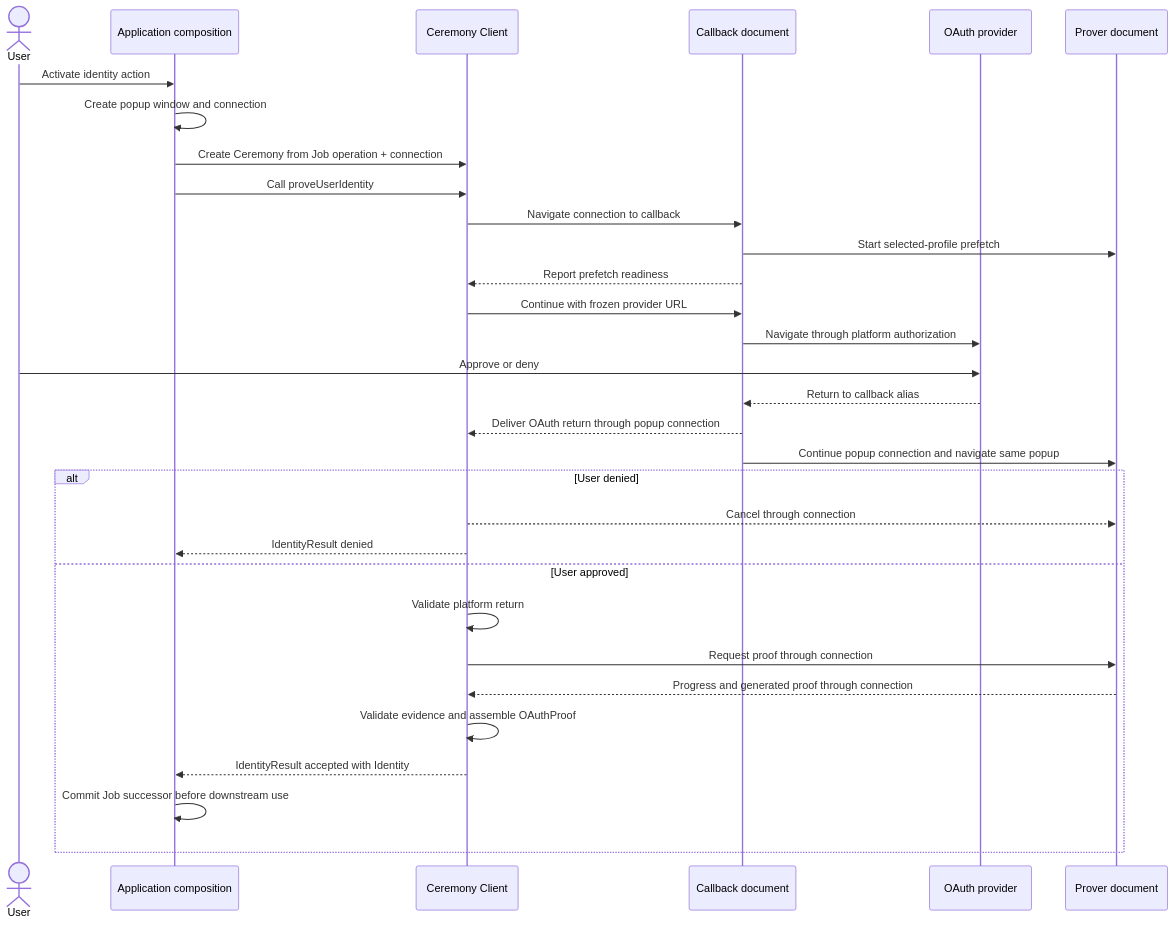
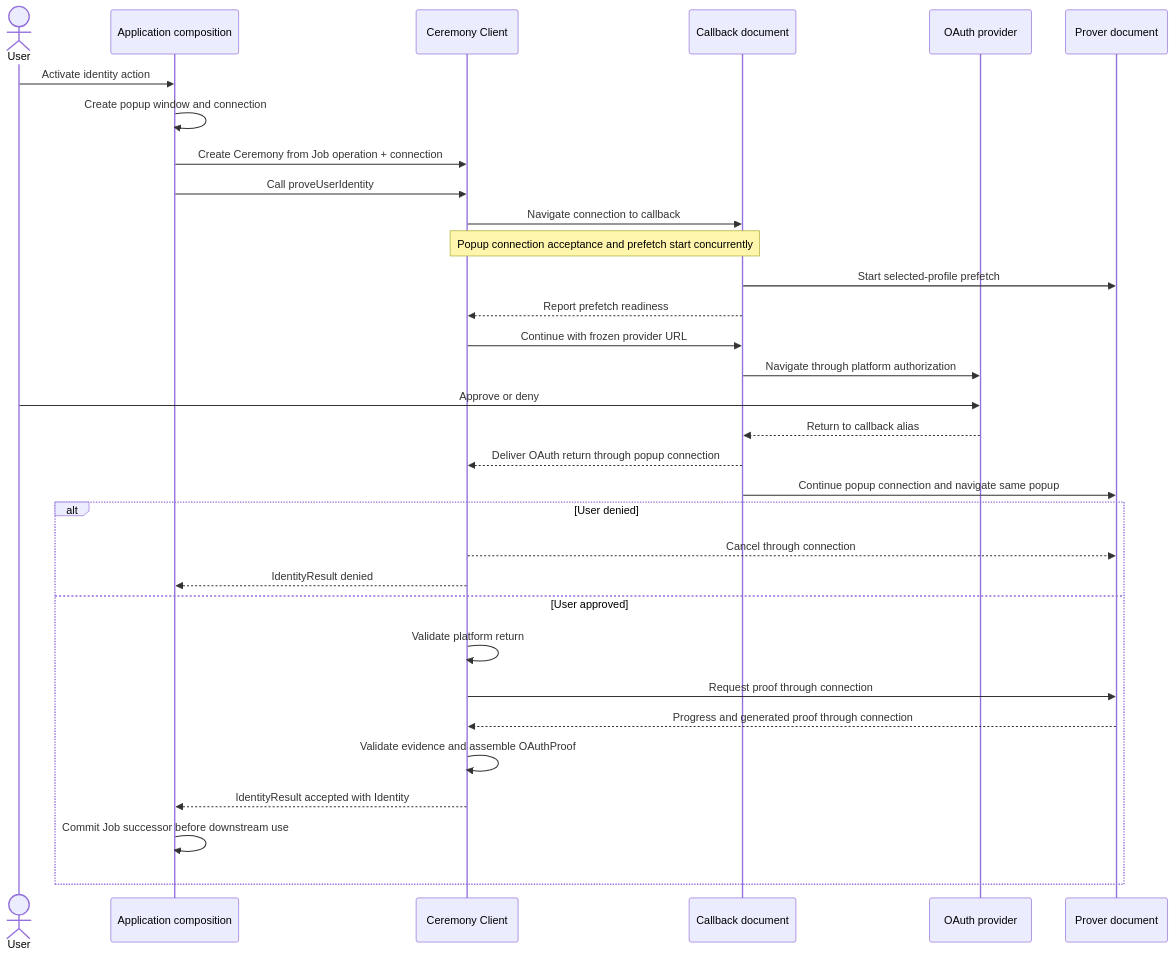
The diagram in ts/packages/ceremony/ARCHITECTURE.md (libid-org/libid), drawn with Mermaid before and after one commit. The commit also changed 3 other files, not shown here.

Commit message:
docs(ceremony): parallelize prefetch and connection

````diff
--- a/ts/packages/ceremony/ARCHITECTURE.md
+++ b/ts/packages/ceremony/ARCHITECTURE.md
@@ -42,34 +42,35 @@
 ```mermaid
 sequenceDiagram
     actor U as User
     participant A as Application composition
     participant C as Ceremony Client
     participant P as Callback document
     participant O as OAuth provider
     participant R as Prover document
 
     U->>A: Activate identity action
     A->>A: Create popup window and connection
     A->>C: Create Ceremony from Job operation + connection
     A->>C: Call proveUserIdentity
     C->>P: Navigate connection to callback
+    Note over C,P: Popup connection acceptance and prefetch start concurrently
     P->>R: Start selected-profile prefetch
     P-->>C: Report prefetch readiness
     C->>P: Continue with frozen provider URL
     P->>O: Navigate through platform authorization
     U->>O: Approve or deny
     O-->>P: Return to callback alias
     P-->>C: Deliver OAuth return through popup connection
     P->>R: Continue popup connection and navigate same popup
     alt User denied
         C-->>R: Cancel through connection
         C-->>A: IdentityResult denied
     else User approved
         C->>C: Validate platform return
         C->>R: Request proof through connection
         R-->>C: Progress and generated proof through connection
         C->>C: Validate evidence and assemble OAuthProof
         C-->>A: IdentityResult accepted with Identity
         A->>A: Commit Job successor before downstream use
     end
 ```
````
